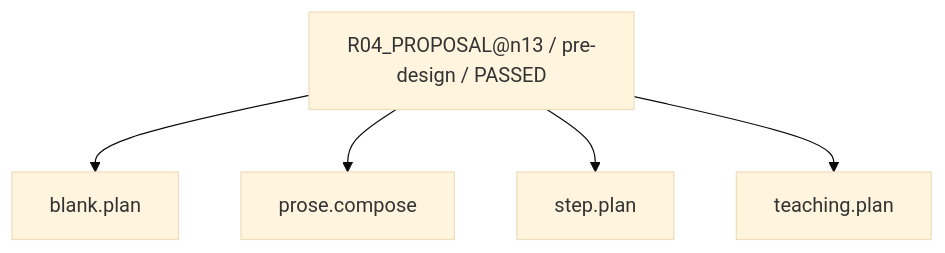
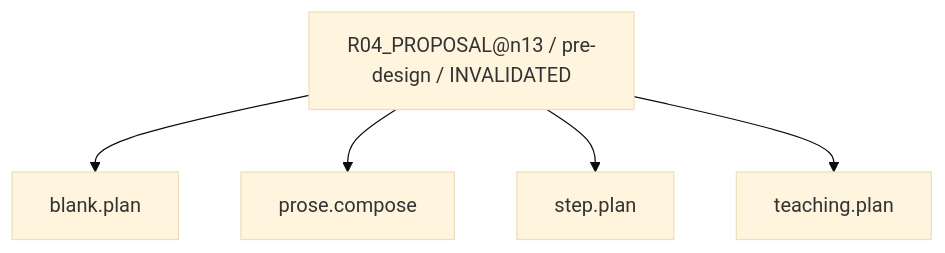
One commit to rrikunagasige-dot/kyotsu-step-web changed the fourth of 28 diagrams in work/items/W-MATH-048-n1314-source-audit/generated/CAPABILITY_FIRE_DIAGRAM.md. Above: the diagram before and after it, drawn with Mermaid (base theme). The commit also changed other lines of this file and 32 other files, not shown here.

````diff
--- a/work/items/W-MATH-048-n1314-source-audit/generated/CAPABILITY_FIRE_DIAGRAM.md
+++ b/work/items/W-MATH-048-n1314-source-audit/generated/CAPABILITY_FIRE_DIAGRAM.md
@@ -56,12 +56,12 @@
 ```mermaid
 flowchart TD
-  N0["R04_PROPOSAL@n13 / pre-design / PASSED"]
+  N0["R04_PROPOSAL@n13 / pre-design / INVALIDATED"]
   N1["teaching.plan"]
   N2["step.plan"]
   N3["blank.plan"]
   N4["prose.compose"]
   N0 --> N3
   N0 --> N4
   N0 --> N2
   N0 --> N1
 ```
````
